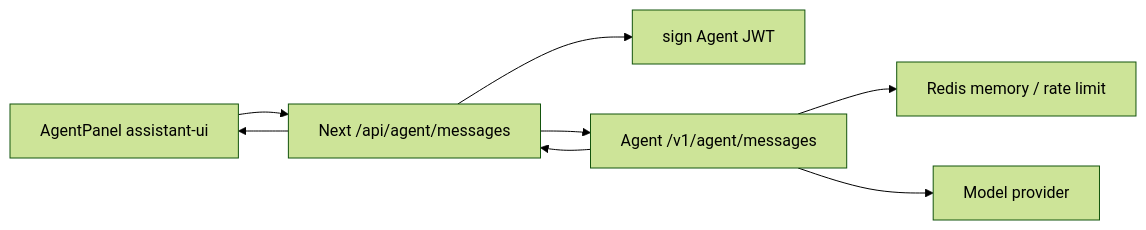
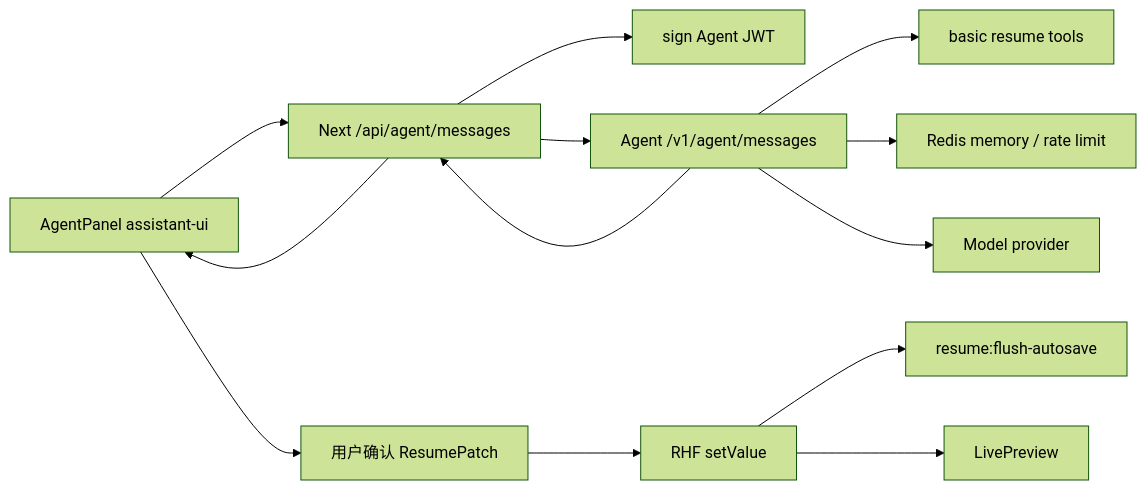
The second of 2 diagrams in docs/agent/frontend-integration.md (Rory-X/intro-builder), drawn with Mermaid (forest theme) before and after one commit. The commit also changed other lines of this file and 10 other files, not shown here.

````diff
--- a/docs/agent/frontend-integration.md
+++ b/docs/agent/frontend-integration.md
@@ -153,10 +158,15 @@
 ```mermaid
 flowchart LR
   Panel["AgentPanel assistant-ui"] --> WebRoute["Next /api/agent/messages"]
   WebRoute --> Token["sign Agent JWT"]
   WebRoute --> Agent["Agent /v1/agent/messages"]
+  Agent --> Tools["basic resume tools"]
   Agent --> Redis["Redis memory / rate limit"]
   Agent --> Model["Model provider"]
   Agent --> WebRoute
   WebRoute --> Panel
+  Panel --> Confirm["用户确认 ResumePatch"]
+  Confirm --> RHF["RHF setValue"]
+  RHF --> Autosave["resume:flush-autosave"]
+  RHF --> Preview["LivePreview"]
 ```
````
